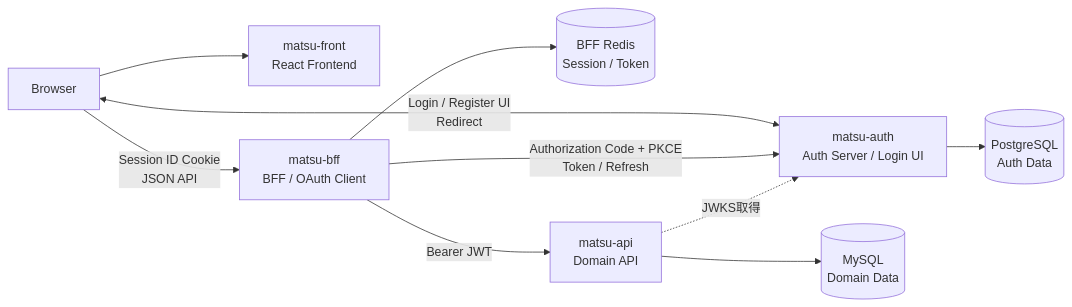
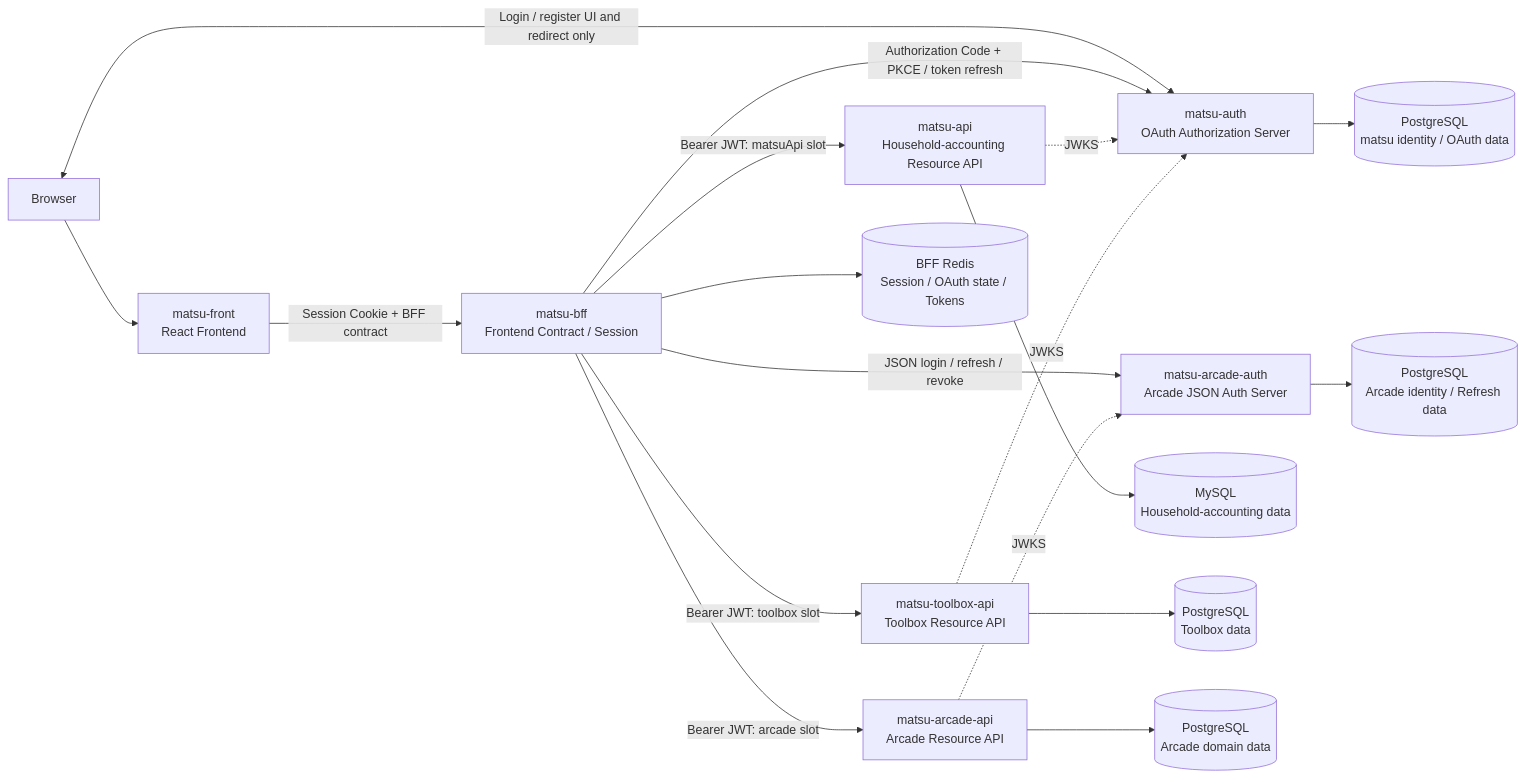
Before and after one commit to shu-matsukubo/matsu-docs: the diagram in docs/architecture/system-overview.md, drawn with Mermaid. The commit also changed other lines of this file and 9 other files, not shown here.

````diff
--- a/docs/architecture/system-overview.md
+++ b/docs/architecture/system-overview.md
@@ -11,21 +11,39 @@
 ```mermaid
 flowchart LR
     Browser["Browser"]
     Front["matsu-front<br/>React Frontend"]
-    BFF["matsu-bff<br/>BFF / OAuth Client"]
-    BFFRedis[("BFF Redis<br/>Session / Token")]
-    Auth["matsu-auth<br/>Auth Server / Login UI"]
-    AuthDB[("PostgreSQL<br/>Auth Data")]
-    API["matsu-api<br/>Domain API"]
-    APIDB[("MySQL<br/>Domain Data")]
+    BFF["matsu-bff<br/>Frontend Contract / Session"]
+    MatsuAuth["matsu-auth<br/>OAuth Authorization Server"]
+    MatsuAPI["matsu-api<br/>Household-accounting Resource API"]
+    ToolboxAPI["matsu-toolbox-api<br/>Toolbox Resource API"]
+    ArcadeAuth["matsu-arcade-auth<br/>Arcade JSON Auth Server"]
+    ArcadeAPI["matsu-arcade-api<br/>Arcade Resource API"]
+
+    BFFRedis[("BFF Redis<br/>Session / OAuth state / Tokens")]
+    MatsuAuthDB[("PostgreSQL<br/>matsu identity / OAuth data")]
+    MatsuDB[("MySQL<br/>Household-accounting data")]
+    ToolboxDB[("PostgreSQL<br/>Toolbox data")]
+    ArcadeAuthDB[("PostgreSQL<br/>Arcade identity / Refresh data")]
+    ArcadeDB[("PostgreSQL<br/>Arcade domain data")]
 
     Browser --> Front
-    Browser -->|"Session ID Cookie<br/>JSON API"| BFF
-    Browser <-->|"Login / Register UI<br/>Redirect"| Auth
-    BFF -->|"Authorization Code + PKCE<br/>Token / Refresh"| Auth
-    BFF -->|"Bearer JWT"| API
+    Front -->|"Session Cookie + BFF contract"| BFF
+    Browser <-->|"Login / register UI and redirect only"| MatsuAuth
+
+    BFF -->|"Authorization Code + PKCE / token refresh"| MatsuAuth
+    BFF -->|"JSON login / refresh / revoke"| ArcadeAuth
+    BFF -->|"Bearer JWT: matsuApi slot"| MatsuAPI
+    BFF -->|"Bearer JWT: toolbox slot"| ToolboxAPI
+    BFF -->|"Bearer JWT: arcade slot"| ArcadeAPI
+
     BFF --> BFFRedis
-    Auth --> AuthDB
-    API --> APIDB
-    API -.->|"JWKS取得"| Auth
+    MatsuAuth --> MatsuAuthDB
+    MatsuAPI --> MatsuDB
+    ToolboxAPI --> ToolboxDB
+    ArcadeAuth --> ArcadeAuthDB
+    ArcadeAPI --> ArcadeDB
+
+    MatsuAPI -.->|"JWKS"| MatsuAuth
+    ToolboxAPI -.->|"JWKS"| MatsuAuth
+    ArcadeAPI -.->|"JWKS"| ArcadeAuth
 ```
````
